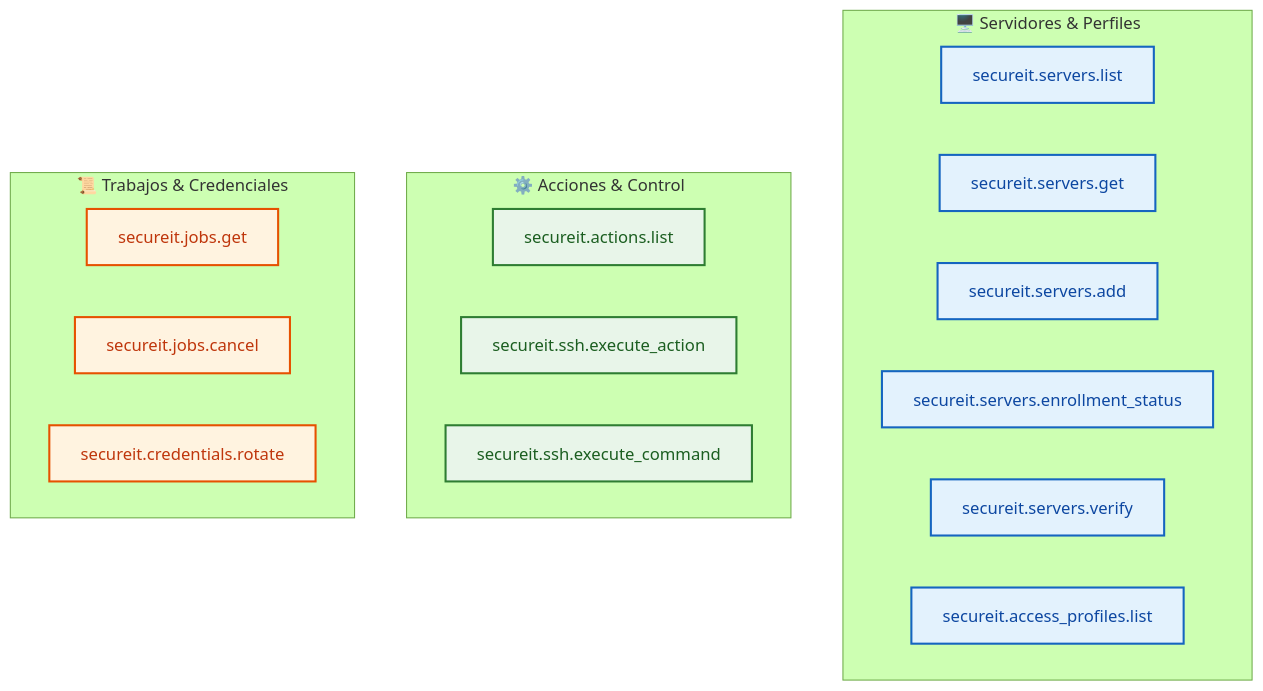
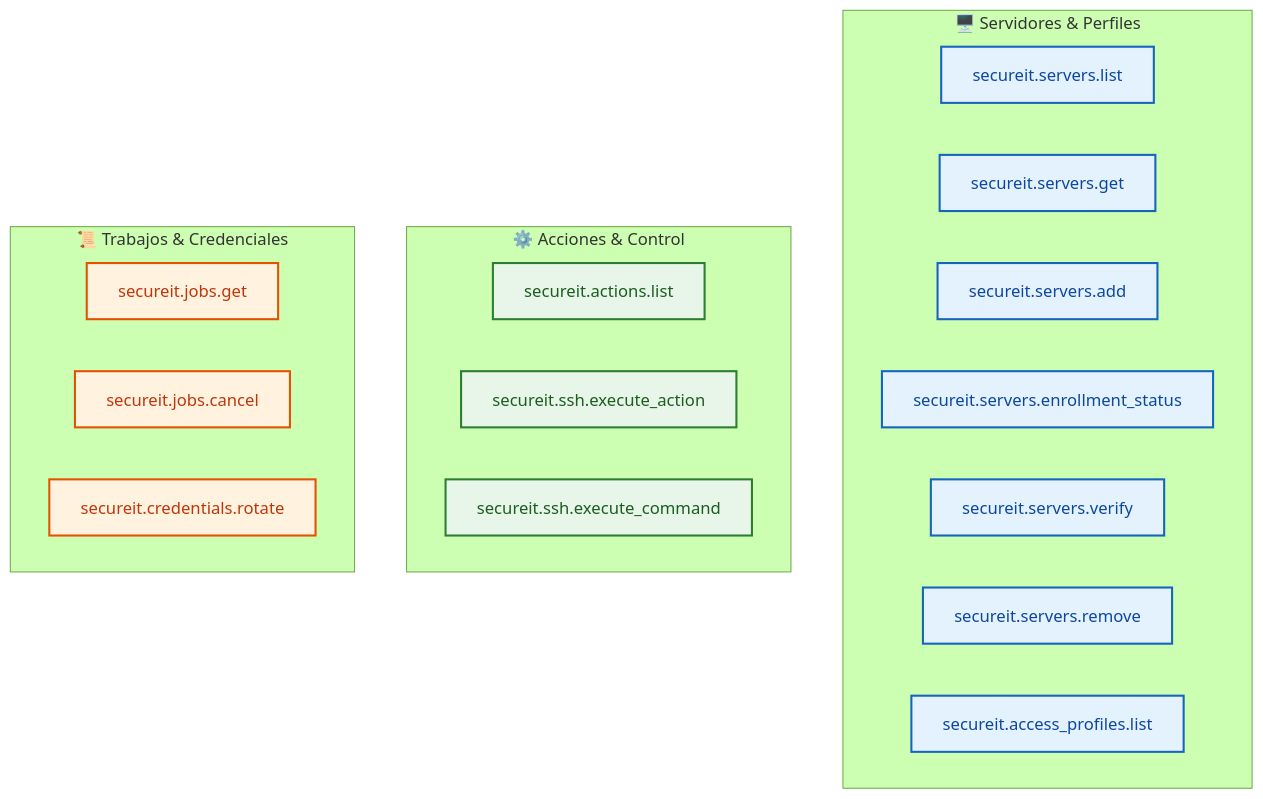
Before and after one commit to elhumbertoz/secure-it: the second of 2 diagrams in README.md, drawn with Mermaid (forest theme). The commit also changed other lines of this file and 30 other files, not shown here.

````diff
--- a/README.md
+++ b/README.md
@@ -140,27 +158,28 @@
 ```mermaid
 flowchart TD
     classDef srv fill:#e3f2fd,stroke:#1565c0,stroke-width:2px,color:#0d47a1;
     classDef act fill:#e8f5e9,stroke:#2e7d32,stroke-width:2px,color:#1b5e20;
     classDef job fill:#fff3e0,stroke:#e65100,stroke-width:2px,color:#bf360c;
 
     subgraph SERVIDORES[" 🖥️ Servidores & Perfiles "]
         S1["secureit.servers.list"]:::srv
         S2["secureit.servers.get"]:::srv
         S3["secureit.servers.add"]:::srv
         S4["secureit.servers.enrollment_status"]:::srv
         S5["secureit.servers.verify"]:::srv
-        S6["secureit.access_profiles.list"]:::srv
+        S6["secureit.servers.remove"]:::srv
+        S7["secureit.access_profiles.list"]:::srv
     end
 
     subgraph ACCIONES[" ⚙️ Acciones & Control "]
         A1["secureit.actions.list"]:::act
         A2["secureit.ssh.execute_action"]:::act
         A3["secureit.ssh.execute_command"]:::act
     end
 
     subgraph TRABAJOS[" 📜 Trabajos & Credenciales "]
         J1["secureit.jobs.get"]:::job
         J2["secureit.jobs.cancel"]:::job
         J3["secureit.credentials.rotate"]:::job
     end
 ```
````
